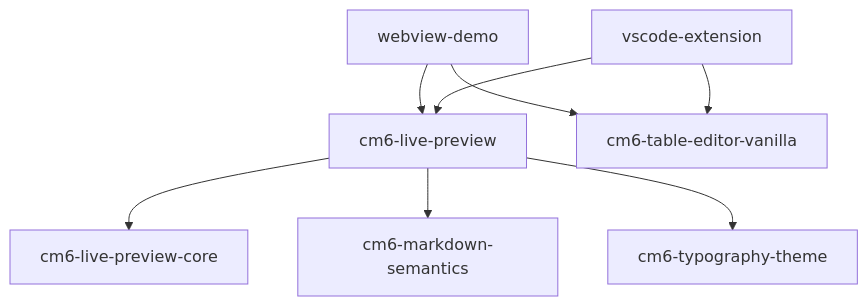
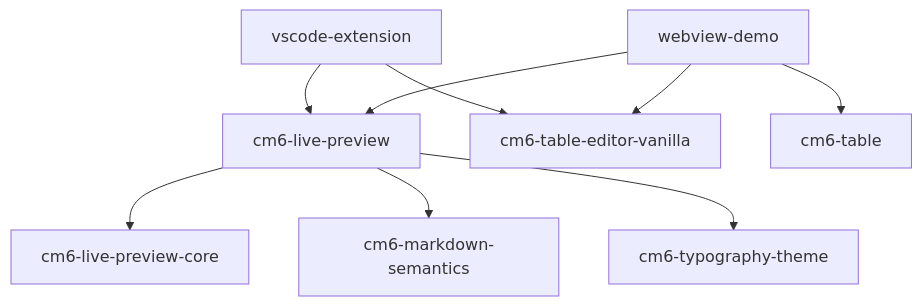
The diagram in docs/architecture/overview.md (yuya296/MarkBloom), drawn with Mermaid before and after one commit. The commit also changed other lines of this file and 15 other files, not shown here.

````diff
--- a/docs/architecture/overview.md
+++ b/docs/architecture/overview.md
@@ -17,12 +18,13 @@
 ```mermaid
 graph TD
   webview-demo --> cm6-live-preview
   webview-demo --> cm6-table-editor-vanilla
+  webview-demo --> cm6-table
 
   vscode-extension --> cm6-live-preview
   vscode-extension --> cm6-table-editor-vanilla
 
   cm6-live-preview --> cm6-live-preview-core
   cm6-live-preview --> cm6-markdown-semantics
   cm6-live-preview --> cm6-typography-theme
 ```
````
